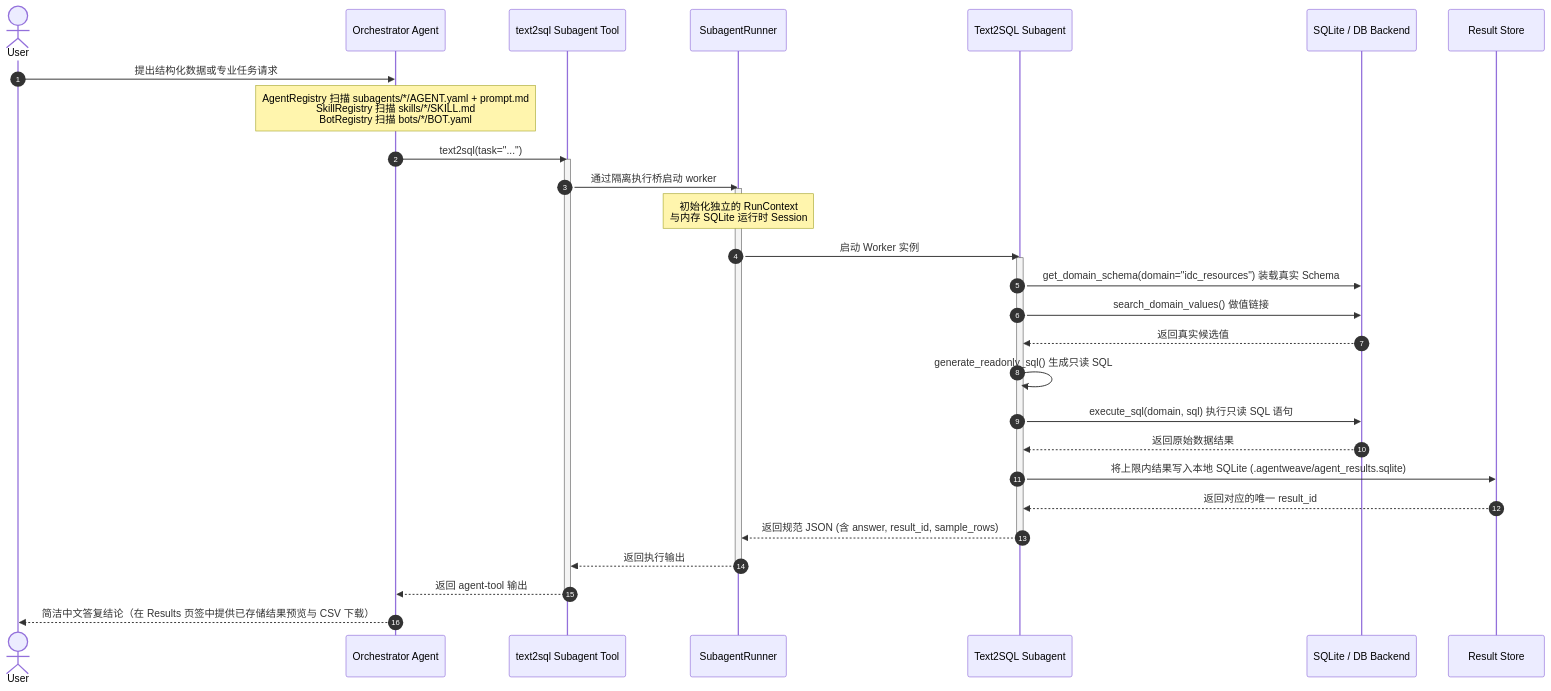
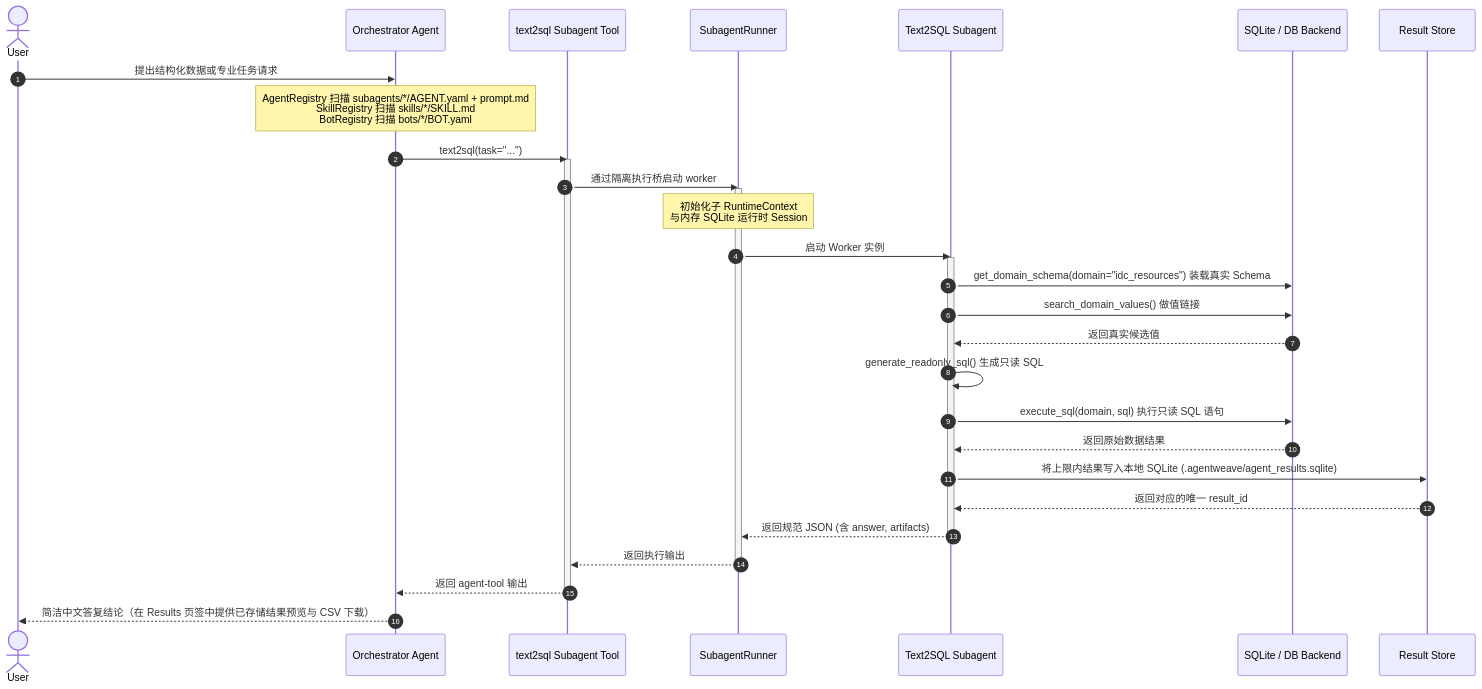
One commit to chick26/agentweave changed the diagram in README.zh-CN.md. Above: the diagram before and after it, drawn with Mermaid. The commit also changed other lines of this file and 74 other files, not shown here.

````diff
--- a/README.zh-CN.md
+++ b/README.zh-CN.md
@@ -9,37 +9,37 @@
 ```mermaid
 sequenceDiagram
     autonumber
     actor User
     participant Orchestrator as Orchestrator Agent
     participant AgentTool as text2sql Subagent Tool
     participant Runner as SubagentRunner
     participant Worker as Text2SQL Subagent
     participant DB as SQLite / DB Backend
     participant Store as Result Store
 
     User->>Orchestrator: 提出结构化数据或专业任务请求
     Note over Orchestrator: AgentRegistry 扫描 subagents/*/AGENT.yaml + prompt.md<br/>SkillRegistry 扫描 skills/*/SKILL.md<br/>BotRegistry 扫描 bots/*/BOT.yaml
     Orchestrator->>AgentTool: text2sql(task="...")
     activate AgentTool
     AgentTool->>Runner: 通过隔离执行桥启动 worker
     activate Runner
-    Note over Runner: 初始化独立的 RunContext<br/>与内存 SQLite 运行时 Session
+    Note over Runner: 初始化子 RuntimeContext<br/>与内存 SQLite 运行时 Session
     Runner->>Worker: 启动 Worker 实例
     activate Worker
 
     Worker->>DB: get_domain_schema(domain="idc_resources") 装载真实 Schema
     Worker->>DB: search_domain_values() 做值链接
     DB-->>Worker: 返回真实候选值
     Worker->>Worker: generate_readonly_sql() 生成只读 SQL
     Worker->>DB: execute_sql(domain, sql) 执行只读 SQL 语句
     DB-->>Worker: 返回原始数据结果
     Worker->>Store: 将上限内结果写入本地 SQLite (.agentweave/agent_results.sqlite)
     Store-->>Worker: 返回对应的唯一 result_id
-    Worker-->>Runner: 返回规范 JSON (含 answer, result_id, sample_rows)
+    Worker-->>Runner: 返回规范 JSON (含 answer, artifacts)
     deactivate Worker
     Runner-->>AgentTool: 返回执行输出
     deactivate Runner
     AgentTool-->>Orchestrator: 返回 agent-tool 输出
     deactivate AgentTool
     Orchestrator-->>User: 简洁中文答复结论（在 Results 页签中提供已存储结果预览与 CSV 下载）
 ```
````
